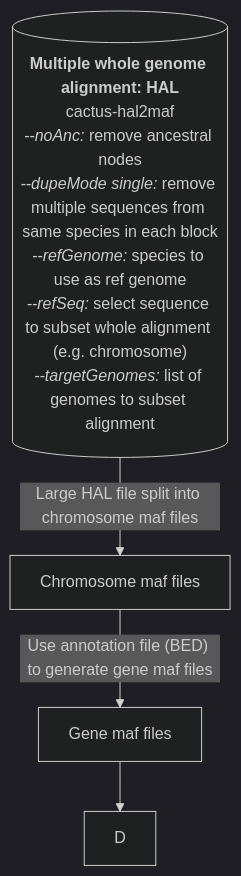
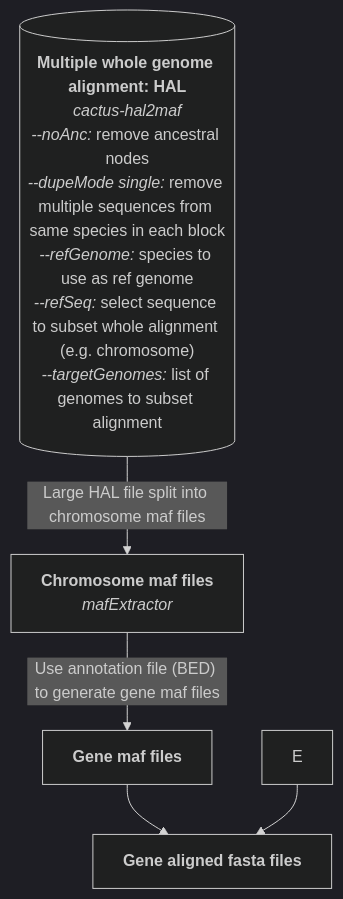
The diagram in README.md (mileswhedbee/RERconverge_pipeline), drawn with Mermaid (dark theme) before and after one commit.

````diff
--- a/README.md
+++ b/README.md
@@ -6,12 +6,14 @@
 ```mermaid
 graph TD;
     A[("`**Multiple whole genome alignment: HAL**
-       cactus-hal2maf
+       _cactus-hal2maf_
        _--noAnc:_ remove ancestral nodes
        _--dupeMode single:_ remove multiple sequences from same species in each block
        _--refGenome:_ species to use as ref genome
        _--refSeq:_ select sequence to subset whole alignment (e.g. chromosome)
-       _--targetGenomes:_ list of genomes to subset alignment`")]--Large HAL file split into chromosome maf files-->B[Chromosome maf files];
-    B--Use annotation file (BED) to generate gene maf files-->C[Gene maf files];
-    C-->D;
+       _--targetGenomes:_ list of genomes to subset alignment`")]--Large HAL file split into chromosome maf files-->B["`**Chromosome maf files**
+       _mafExtractor_`"];
+    B--Use annotation file (BED) to generate gene maf files-->C["`**Gene maf files**`"];
+    C-->D["`**Gene aligned fasta files**`"];
+    E-->D;
 ```
````
